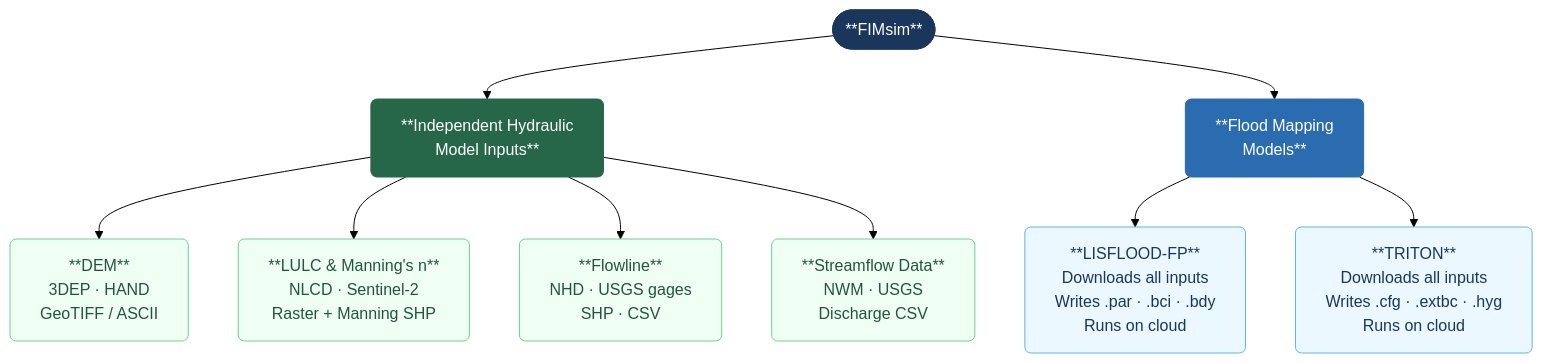
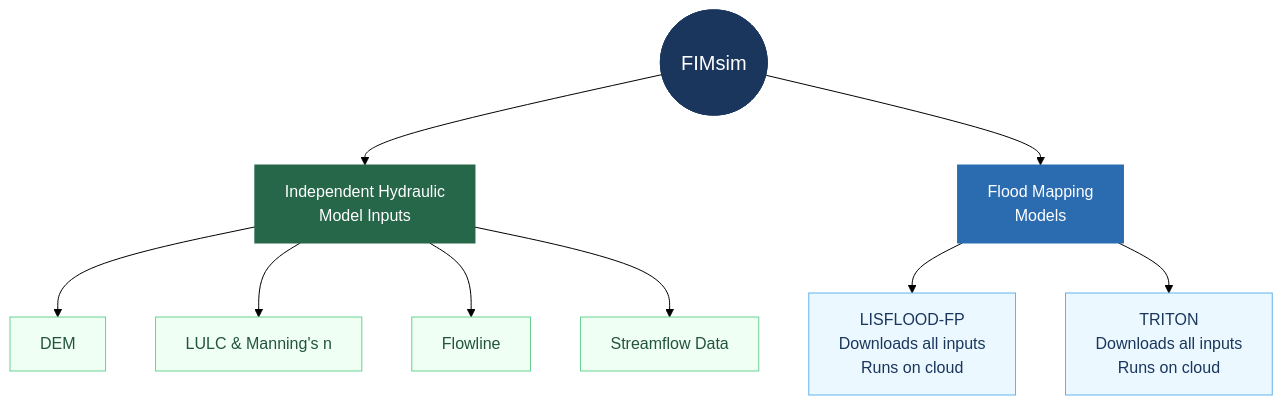
Before and after one commit to pnikrou/FIMsim: the diagram in README.md, drawn with Mermaid (forest theme).

Commit message:
Clean up workflow diagram: remove bold markers, simplify input nodes, larger FIMsim

````diff
--- a/README.md
+++ b/README.md
@@ -24,27 +24,27 @@
 ```mermaid
 flowchart TD
-    FIM(["**FIMsim**"])
+    FIM(["FIMsim"])
 
-    FIM --> IND["**Independent Hydraulic\nModel Inputs**"]
-    FIM --> FM["**Flood Mapping\nModels**"]
+    FIM --> IND["Independent Hydraulic\nModel Inputs"]
+    FIM --> FM["Flood Mapping\nModels"]
 
-    IND --> DEM["**DEM**\n3DEP · HAND\nGeoTIFF / ASCII"]
-    IND --> LULC["**LULC & Manning's n**\nNLCD · Sentinel-2\nRaster + Manning SHP"]
-    IND --> FL["**Flowline**\nNHD · USGS gages\nSHP · CSV"]
-    IND --> SF["**Streamflow Data**\nNWM · USGS\nDischarge CSV"]
+    IND --> DEM["DEM"]
+    IND --> LULC["LULC & Manning's n"]
+    IND --> FL["Flowline"]
+    IND --> SF["Streamflow Data"]
 
-    FM --> LFP["**LISFLOOD-FP**\nDownloads all inputs\nWrites .par · .bci · .bdy\nRuns on cloud"]
-    FM --> TRI["**TRITON**\nDownloads all inputs\nWrites .cfg · .extbc · .hyg\nRuns on cloud"]
+    FM --> LFP["LISFLOOD-FP\nDownloads all inputs\nRuns on cloud"]
+    FM --> TRI["TRITON\nDownloads all inputs\nRuns on cloud"]
 
-    classDef main     fill:#1a365d,color:#ffffff,stroke:#1a365d,rx:10
-    classDef cat_grn  fill:#276749,color:#ffffff,stroke:#276749,rx:6
-    classDef cat_blu  fill:#2b6cb0,color:#ffffff,stroke:#2b6cb0,rx:6
-    classDef item_grn fill:#f0fff4,color:#22543d,stroke:#68d391,rx:6
-    classDef item_blu fill:#ebf8ff,color:#1a365d,stroke:#63b3ed,rx:6
+    classDef main     fill:#1a365d,color:#ffffff,stroke:#1a365d,font-size:20px,padding:16px
+    classDef cat_grn  fill:#276749,color:#ffffff,stroke:#276749
+    classDef cat_blu  fill:#2b6cb0,color:#ffffff,stroke:#2b6cb0
+    classDef item_grn fill:#f0fff4,color:#22543d,stroke:#68d391
+    classDef item_blu fill:#ebf8ff,color:#1a365d,stroke:#63b3ed
 
     class FIM main
     class IND cat_grn
     class FM cat_blu
     class DEM,LULC,FL,SF item_grn
     class LFP,TRI item_blu
 ```
````
